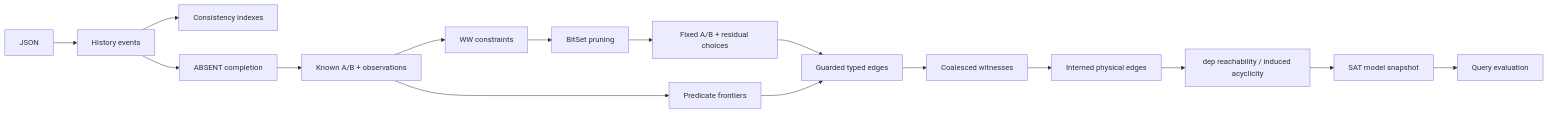
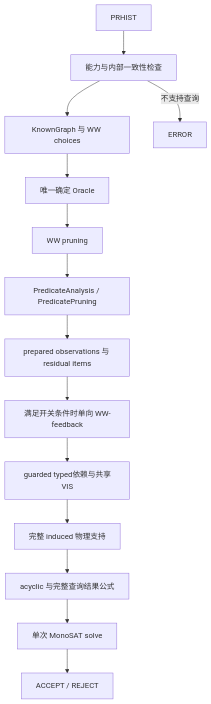
The third of 3 diagrams in SI/si-result-detector/docs/SI_DESIGN.md (sodakci/predicate), drawn with Mermaid before and after one commit. The commit also changed other lines of this file and 50 other files, not shown here.

````diff
--- a/SI/si-result-detector/docs/SI_DESIGN.md
+++ b/SI/si-result-detector/docs/SI_DESIGN.md
@@ -557,18 +424,16 @@
 ```mermaid
-flowchart LR
-    A[JSON] --> B[History events]
-    B --> C[Consistency indexes]
-    B --> D[ABSENT completion]
-    D --> E[Known A/B + observations]
-    E --> F[WW constraints]
-    E --> G[Predicate frontiers]
-    F --> H[BitSet pruning]
-    H --> I[Fixed A/B + residual choices]
-    I --> J[Guarded typed edges]
-    G --> J
-    J --> K[Coalesced witnesses]
-    K --> L[Interned physical edges]
-    L --> M[dep reachability / induced acyclicity]
-    M --> N[SAT model snapshot]
-    N --> O[Query evaluation]
+flowchart TD
+    A[PRHIST] --> B[能力与内部一致性检查]
+    B --> C[KnownGraph 与 WW choices]
+    C --> D[唯一确定 Oracle]
+    D --> E[WW pruning]
+    E --> F[PredicateAnalysis / PredicatePruning]
+    F --> G[prepared observations 与 residual items]
+    G --> N[满足开关条件时单向 WW-feedback]
+    N --> H[guarded typed依赖与共享VIS]
+    H --> I[完整 induced 物理支持]
+    I --> J[acyclic 与完整查询结果公式]
+    J --> K[单次 MonoSAT solve]
+    K --> L[ACCEPT / REJECT]
+    B -->|不支持查询| M[ERROR]
 ```
````
